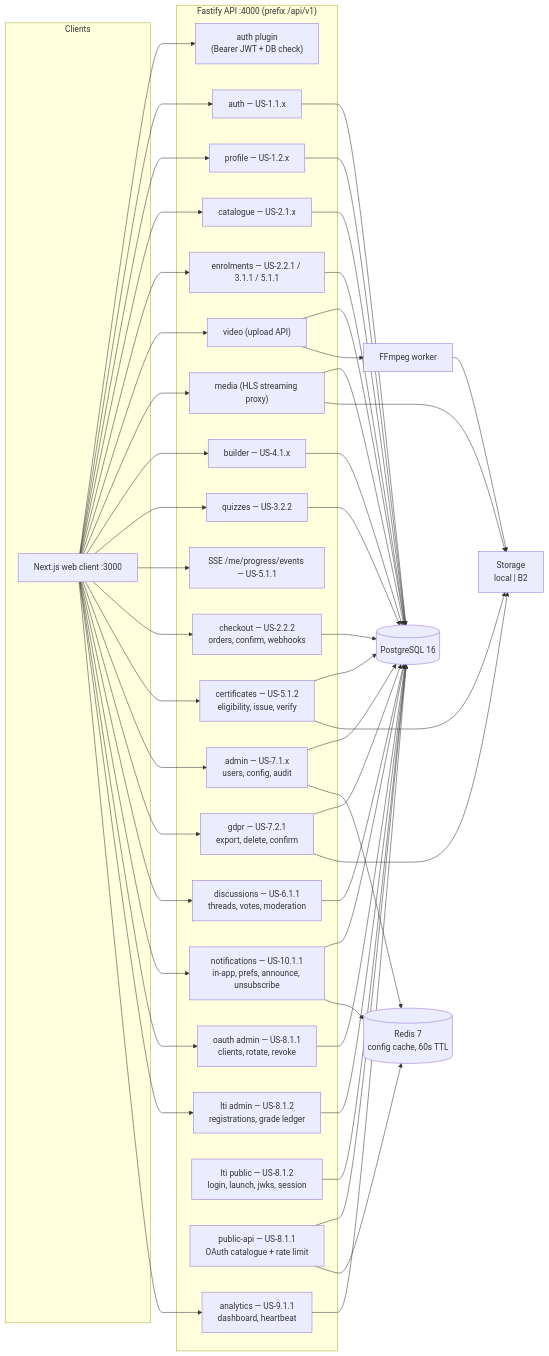
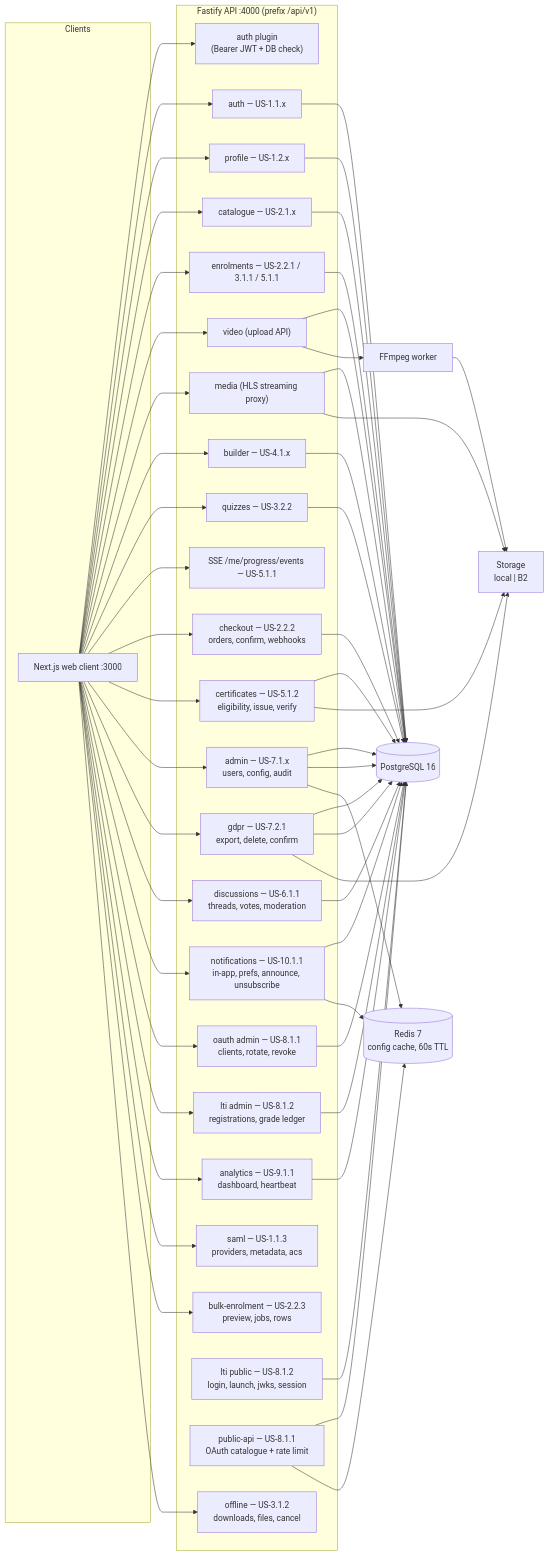
Before and after one commit to Godwin-88/laughing-waffle: the first of 19 diagrams in docs/architecture.md, drawn with Mermaid. The commit also changed other lines of this file and 24 other files, not shown here.

Commit message:
feat(api,web,docs): add SAML SSO, bulk enrolment, and offline downloads (US-1.1.2, US-2.2.3, US-5.2.1)

````diff
--- a/docs/architecture.md
+++ b/docs/architecture.md
@@ -21,60 +22,65 @@
 ```mermaid
 flowchart LR
     subgraph Clients
         NEXT["Next.js web client :3000"]
     end
 
     subgraph Gateway["Fastify API :4000  (prefix /api/v1)"]
         AUTH["auth — US-1.1.x"]
         PROF["profile — US-1.2.x"]
         CAT["catalogue — US-2.1.x"]
         ENR["enrolments — US-2.2.1 / 3.1.1 / 5.1.1"]
         QUIZ["quizzes — US-3.2.2"]
         SSE["SSE /me/progress/events — US-5.1.1"]
         VID["video (upload API)"]
         MEDIA["media (HLS streaming proxy)"]
         BLD["builder — US-4.1.x"]
         ORD["checkout — US-2.2.2<br/>orders, confirm, webhooks"]
         CERT["certificates — US-5.1.2<br/>eligibility, issue, verify"]
         ADM["admin — US-7.1.x<br/>users, config, audit"]
         GDPR["gdpr — US-7.2.1<br/>export, delete, confirm"]
         DISC["discussions — US-6.1.1<br/>threads, votes, moderation"]
         NOTIF["notifications — US-10.1.1<br/>in-app, prefs, announce, unsubscribe"]
         OACLI["oauth admin — US-8.1.1<br/>clients, rotate, revoke"]
         LTIA["lti admin — US-8.1.2<br/>registrations, grade ledger"]
         ANL["analytics — US-9.1.1<br/>dashboard, heartbeat"]
+        SAML["saml — US-1.1.3<br/>providers, metadata, acs"]
+        BULK["bulk-enrolment — US-2.2.3<br/>preview, jobs, rows"]
+        OFF["offline — US-3.1.2<br/>downloads, files, cancel"]
         LTI["lti public — US-8.1.2<br/>login, launch, jwks, session"]
         PUB["public-api — US-8.1.1<br/>OAuth catalogue + rate limit"]
         AUTH_PLUGIN["auth plugin<br/>(Bearer JWT + DB check)"]
     end
 
     NEXT --> AUTH_PLUGIN
-    NEXT --> AUTH & PROF & CAT & ENR & VID & MEDIA & BLD & QUIZ & SSE & ORD & CERT & ADM & GDPR & DISC & NOTIF & OACLI & LTIA & ANL
+    NEXT --> AUTH & PROF & CAT & ENR & VID & MEDIA & BLD & QUIZ & SSE & ORD & CERT & ADM & GDPR & DISC & NOTIF & OACLI & LTIA & ANL & SAML & BULK & OFF
 
     AUTH & PROF --> PG[("PostgreSQL 16")]
     CAT --> PG
     ENR --> PG
     BLD --> PG
     VID --> PG
     QUIZ --> PG
     MEDIA --> PG
     ORD --> PG
     CERT --> PG
     CERT --> STORE
     ADM --> PG
+    ADM --> PG
+    GDPR --> PG
     GDPR --> PG
     GDPR --> STORE
     ADM --> REDIS[("Redis 7<br/>config cache, 60s TTL")]
     DISC --> PG
     NOTIF --> PG
     NOTIF --> REDIS
     OACLI --> PG
     LTIA --> PG
     ANL --> PG
     LTI --> PG
     PUB --> PG
     PUB --> REDIS
     VID --> TRANSCODER["FFmpeg worker"]
     TRANSCODER --> STORE["Storage<br/>local | B2"]
     MEDIA --> STORE
 ```
````
